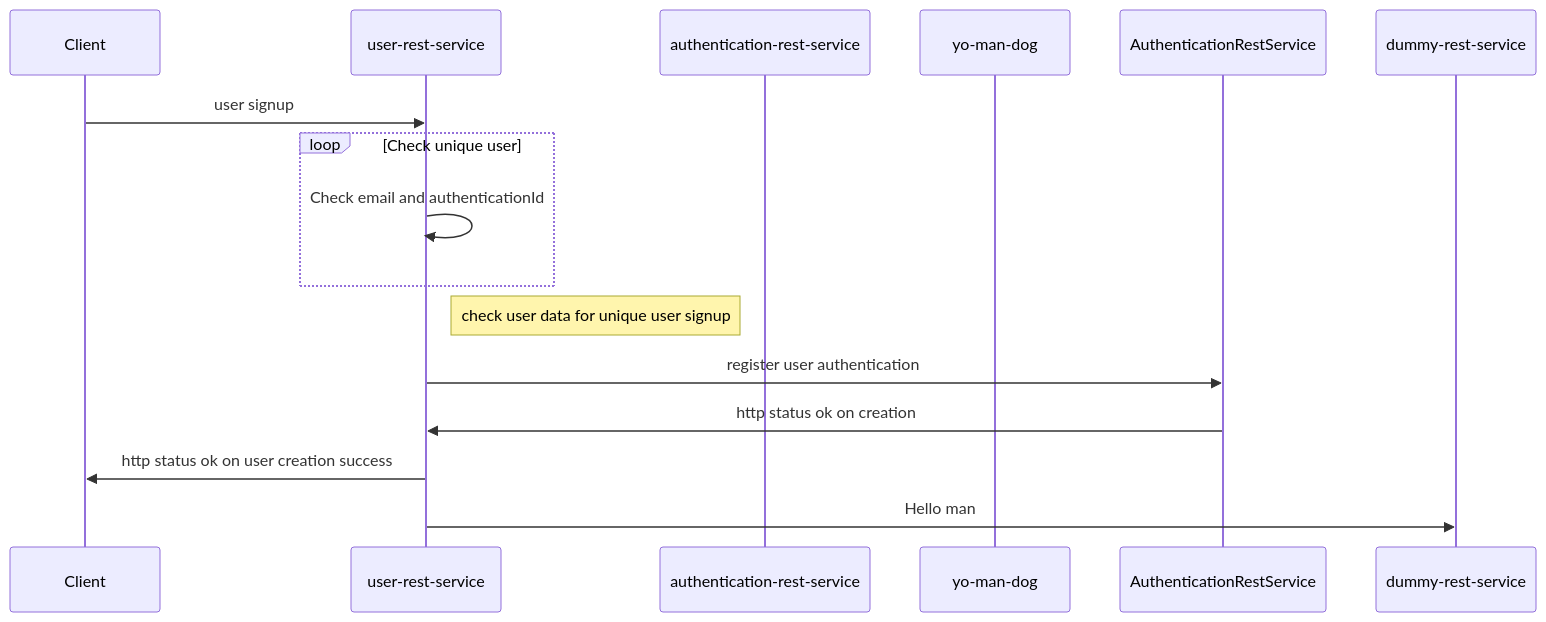
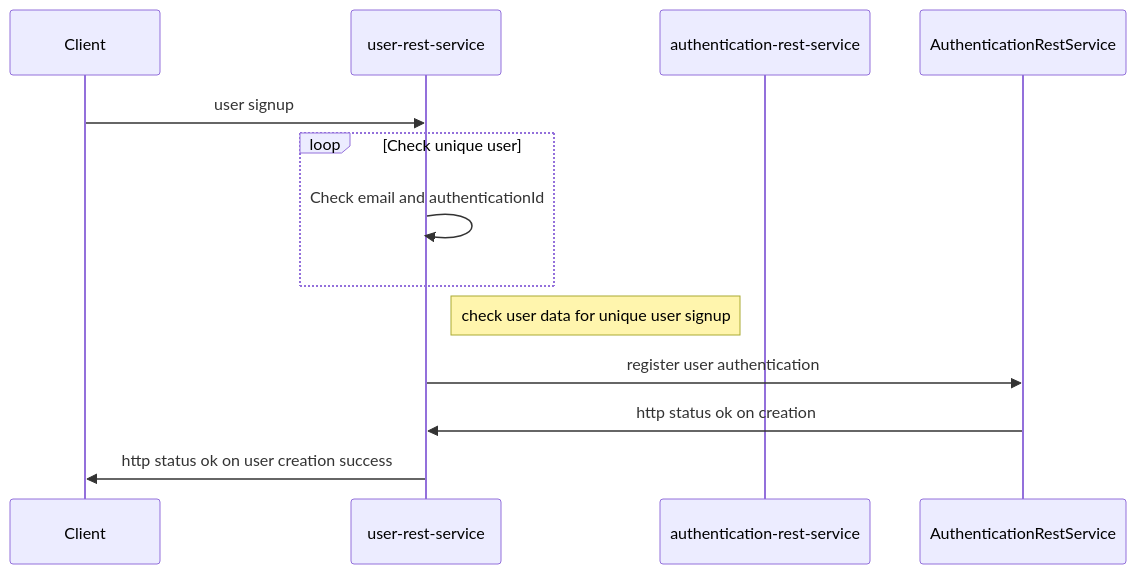
Before and after one commit to sonamsamdupkhangsar/user-rest-service: the third of 4 diagrams in README.md, drawn with Mermaid.

Commit message:
test readme

````diff
--- a/README.md
+++ b/README.md
@@ -94,16 +94,14 @@
 ```mermaid 
 sequenceDiagram
     participant Client
     participant userapi as user-rest-service
     participant authapi as authentication-rest-service
-    participant a as yo-man-dog
     Client->>userapi: user signup
     loop Check unique user
         userapi->>userapi: Check email and authenticationId 
     end
     Note right of userapi: check user data for unique user signup
     userapi ->> AuthenticationRestService: register user authentication
     AuthenticationRestService ->> userapi: http status ok on creation
     userapi ->> Client: http status ok on user creation success
-    userapi ->> dummy-rest-service: Hello man
 ```
````
